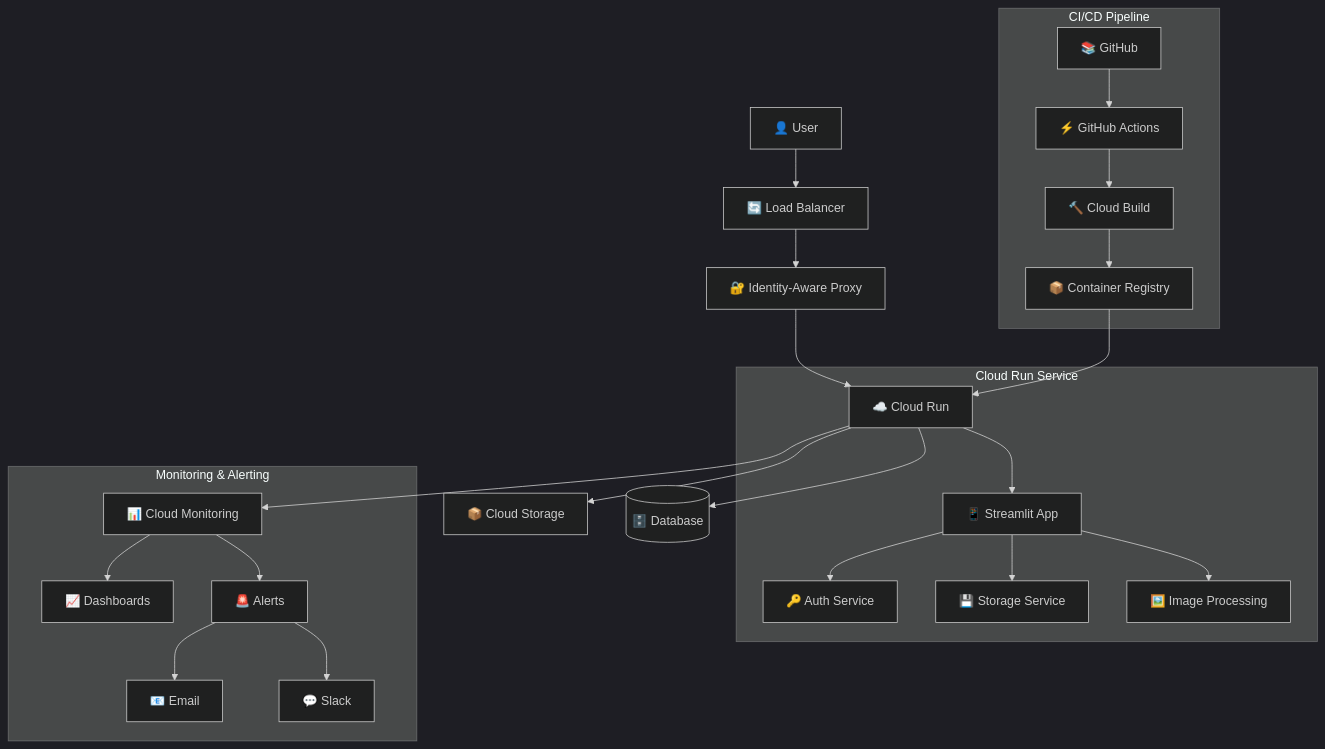
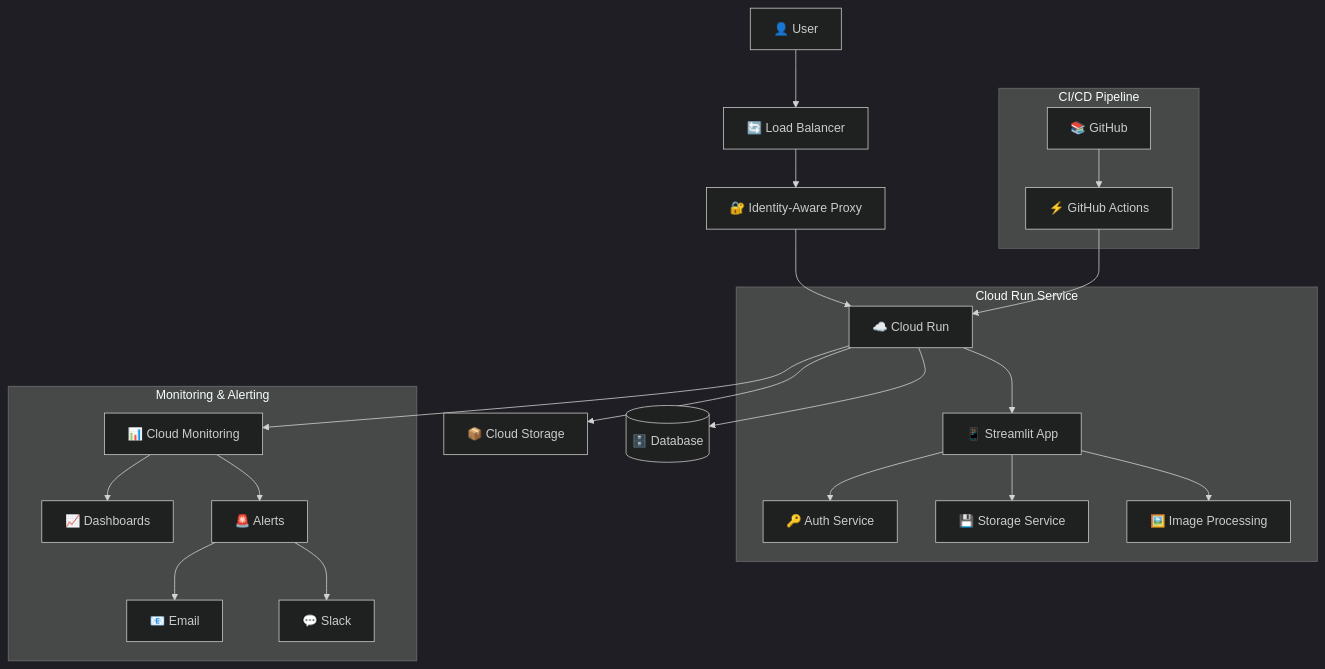
Before and after one commit to mida-hub/imgstream: the first of 2 diagrams in README.md, drawn with Mermaid (dark theme). The commit also changed other lines of this file, not shown here.

````diff
--- a/README.md
+++ b/README.md
@@ -79,30 +79,28 @@
 ```mermaid
 graph TB
     User[👤 User] --> LB[🔄 Load Balancer]
     LB --> IAP[🔐 Identity-Aware Proxy]
     IAP --> CR[☁️ Cloud Run]
     CR --> GCS[📦 Cloud Storage]
     CR --> DB[(🗄️ Database)]
     CR --> MON[📊 Cloud Monitoring]
     
     subgraph "Cloud Run Service"
         CR --> APP[📱 Streamlit App]
         APP --> AUTH[🔑 Auth Service]
         APP --> STORAGE[💾 Storage Service]
         APP --> IMG[🖼️ Image Processing]
     end
     
     subgraph "CI/CD Pipeline"
         GH[📚 GitHub] --> GA[⚡ GitHub Actions]
-        GA --> CB[🔨 Cloud Build]
-        CB --> GCR[📦 Container Registry]
-        GCR --> CR
+        GA --> CR
     end
     
     subgraph "Monitoring & Alerting"
         MON --> DASH[📈 Dashboards]
         MON --> ALERT[🚨 Alerts]
         ALERT --> EMAIL[📧 Email]
         ALERT --> SLACK[💬 Slack]
     end
 ```
````
